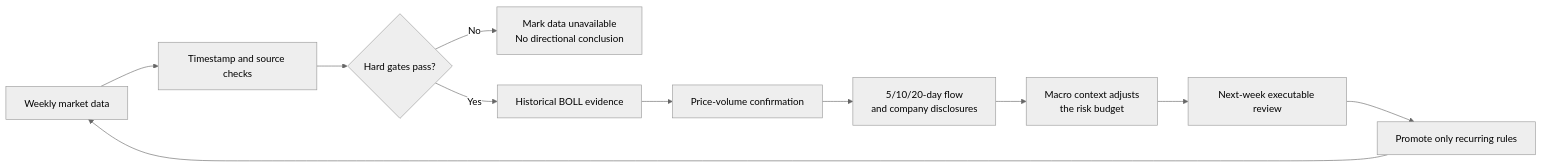
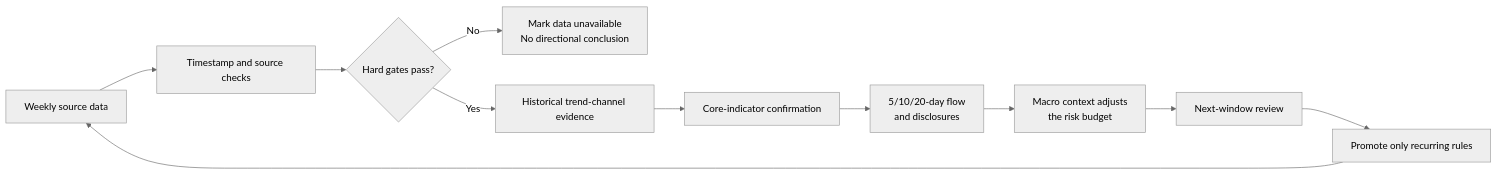
One commit to marqosjiang-gif/antifragile-decision-loop changed the third of 3 diagrams in README.md. Above: the diagram before and after it, drawn with Mermaid (neutral theme). The commit also changed other lines of this file and 37 other files, not shown here.

````diff
--- a/README.md
+++ b/README.md
@@ -127,13 +140,13 @@
 ```mermaid
 flowchart LR
-    A["Weekly market data"] --> B["Timestamp and source checks"]
+    A["Weekly source data"] --> B["Timestamp and source checks"]
     B --> C{"Hard gates pass?"}
     C -- "No" --> D["Mark data unavailable\nNo directional conclusion"]
-    C -- "Yes" --> E["Historical BOLL evidence"]
-    E --> F["Price-volume confirmation"]
-    F --> G["5/10/20-day flow\nand company disclosures"]
+    C -- "Yes" --> E["Historical trend-channel evidence"]
+    E --> F["Core-indicator confirmation"]
+    F --> G["5/10/20-day flow\nand disclosures"]
     G --> H["Macro context adjusts\nthe risk budget"]
-    H --> I["Next-week executable review"]
+    H --> I["Next-window review"]
     I --> J["Promote only recurring rules"]
     J --> A
 ```
````
